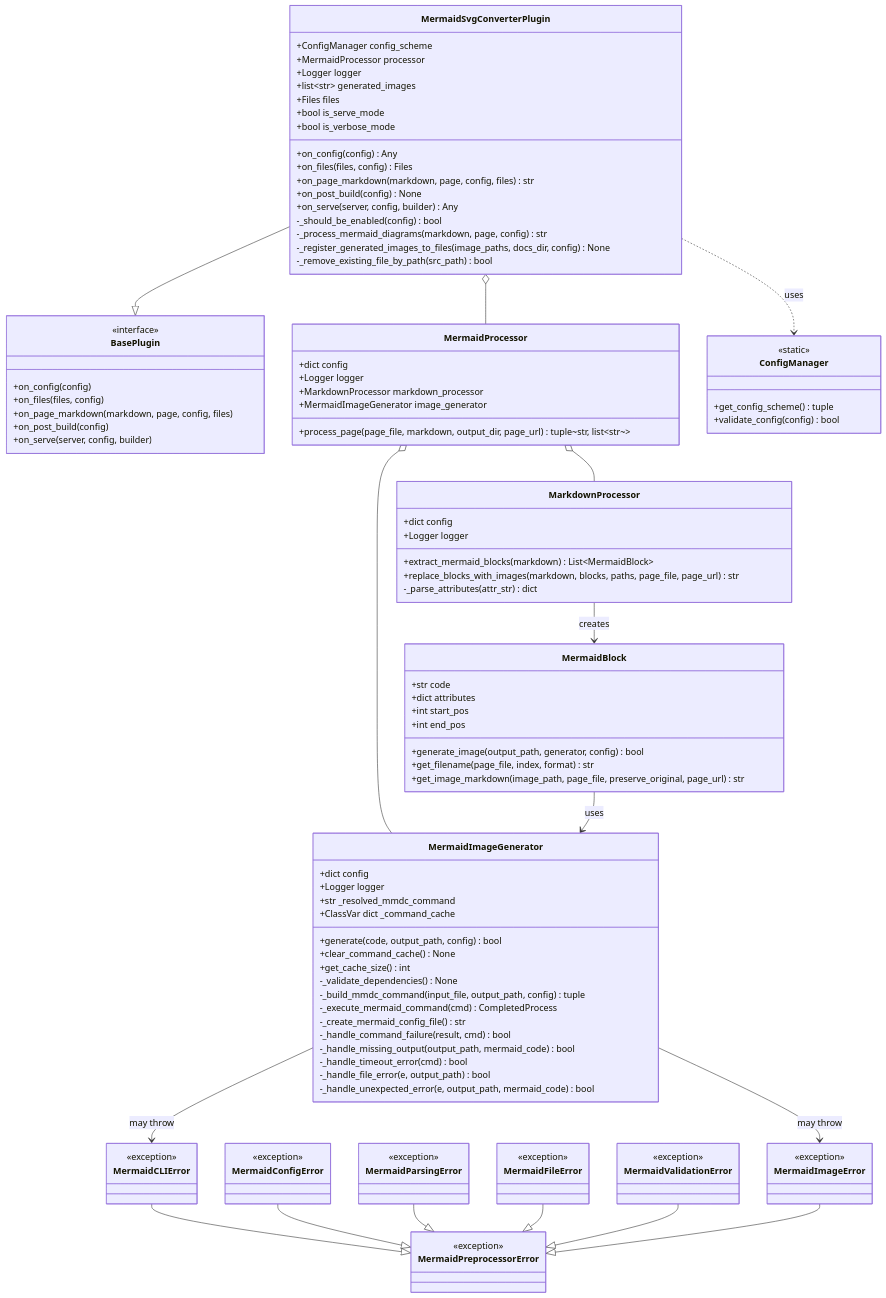
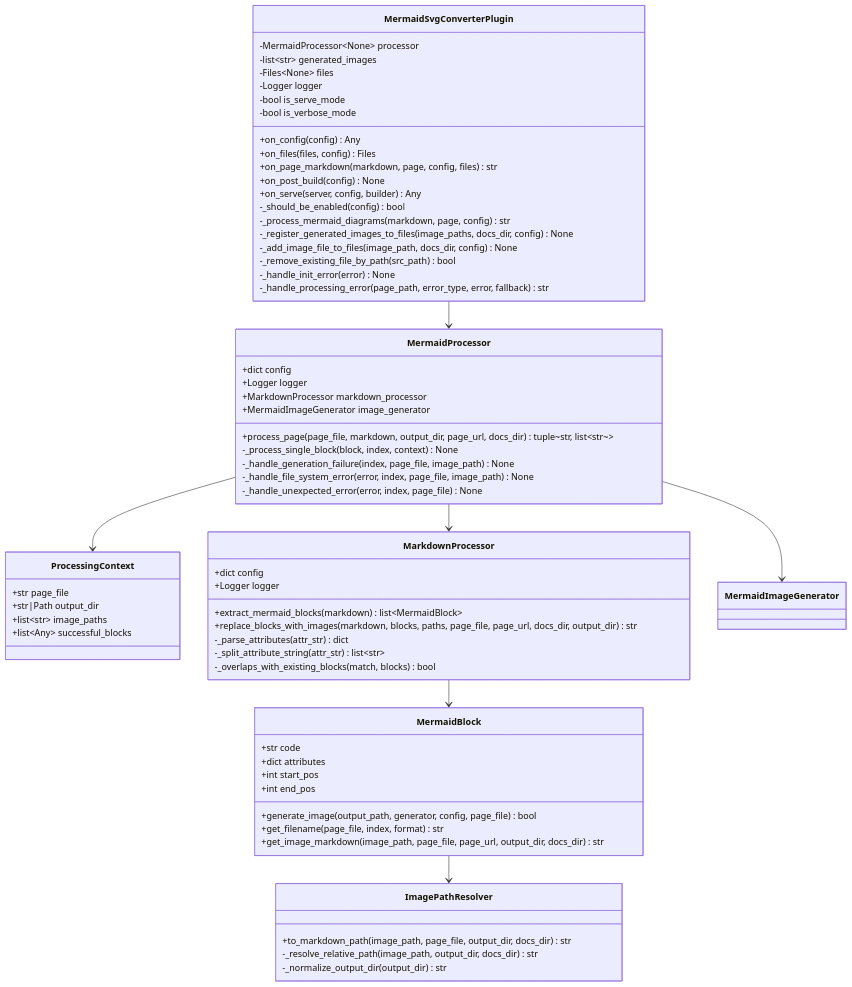
The third of 4 diagrams in docs/architecture/index.md (nuitsjp/mkdocs-mermaid-to-svg), drawn with Mermaid before and after one commit. The commit also changed other lines of this file and 1 other file, not shown here.

````diff
--- a/docs/architecture/index.md
+++ b/docs/architecture/index.md
@@ -75,23 +132,13 @@
 classDiagram
     direction TB
 
-    class BasePlugin {
-        <<interface>>
-        +on_config(config)
-        +on_files(files, config)
-        +on_page_markdown(markdown, page, config, files)
-        +on_post_build(config)
-        +on_serve(server, config, builder)
-    }
-
     class MermaidSvgConverterPlugin {
-        +ConfigManager config_scheme
-        +MermaidProcessor processor
-        +Logger logger
-        +list~str~ generated_images
-        +Files files
-        +bool is_serve_mode
-        +bool is_verbose_mode
+        -MermaidProcessor~None~ processor
+        -list~str~ generated_images
+        -Files~None~ files
+        -Logger logger
+        -bool is_serve_mode
+        -bool is_verbose_mode
         +on_config(config) Any
         +on_files(files, config) Files
         +on_page_markdown(markdown, page, config, files) str
@@ -100,43 +147,39 @@
         -_should_be_enabled(config) bool
         -_process_mermaid_diagrams(markdown, page, config) str
         -_register_generated_images_to_files(image_paths, docs_dir, config) None
+        -_add_image_file_to_files(image_path, docs_dir, config) None
         -_remove_existing_file_by_path(src_path) bool
+        -_handle_init_error(error) None
+        -_handle_processing_error(page_path, error_type, error, fallback) str
     }
-    MermaidSvgConverterPlugin --|> BasePlugin
 
     class MermaidProcessor {
         +dict config
         +Logger logger
         +MarkdownProcessor markdown_processor
         +MermaidImageGenerator image_generator
-        +process_page(page_file, markdown, output_dir, page_url) tuple~str, list~str~~
+        +process_page(page_file, markdown, output_dir, page_url, docs_dir) tuple~str, list~str~~
+        -_process_single_block(block, index, context) None
+        -_handle_generation_failure(index, page_file, image_path) None
+        -_handle_file_system_error(error, index, page_file, image_path) None
+        -_handle_unexpected_error(error, index, page_file) None
+    }
+
+    class ProcessingContext {
+        +str page_file
+        +str|Path output_dir
+        +list~str~ image_paths
+        +list~Any~ successful_blocks
     }
 
     class MarkdownProcessor {
         +dict config
         +Logger logger
-        +extract_mermaid_blocks(markdown) List~MermaidBlock~
-        +replace_blocks_with_images(markdown, blocks, paths, page_file, page_url) str
+        +extract_mermaid_blocks(markdown) list~MermaidBlock~
+        +replace_blocks_with_images(markdown, blocks, paths, page_file, page_url, docs_dir, output_dir) str
         -_parse_attributes(attr_str) dict
-    }
-
-    class MermaidImageGenerator {
-        +dict config
-        +Logger logger
-        +str _resolved_mmdc_command
-        +ClassVar dict _command_cache
-        +generate(code, output_path, config) bool
-        +clear_command_cache() None
-        +get_cache_size() int
-        -_validate_dependencies() None
-        -_build_mmdc_command(input_file, output_path, config) tuple
-        -_execute_mermaid_command(cmd) CompletedProcess
-        -_create_mermaid_config_file() str
-        -_handle_command_failure(result, cmd) bool
-        -_handle_missing_output(output_path, mermaid_code) bool
-        -_handle_timeout_error(cmd) bool
-        -_handle_file_error(e, output_path) bool
-        -_handle_unexpected_error(e, output_path, mermaid_code) bool
+        -_split_attribute_string(attr_str) list~str~
+        -_overlaps_with_existing_blocks(match, blocks) bool
     }
 
     class MermaidBlock {
@@ -144,38 +187,21 @@
         +dict attributes
         +int start_pos
         +int end_pos
-        +generate_image(output_path, generator, config) bool
+        +generate_image(output_path, generator, config, page_file) bool
         +get_filename(page_file, index, format) str
-        +get_image_markdown(image_path, page_file, preserve_original, page_url) str
+        +get_image_markdown(image_path, page_file, page_url, output_dir, docs_dir) str
     }
 
-    class ConfigManager {
-        <<static>>
-        +get_config_scheme() tuple
-        +validate_config(config) bool
+    class ImagePathResolver {
+        +to_markdown_path(image_path, page_file, output_dir, docs_dir) str
+        -_resolve_relative_path(image_path, output_dir, docs_dir) str
+        -_normalize_output_dir(output_dir) str
     }
 
-    class MermaidPreprocessorError {<<exception>>}
-    class MermaidCLIError {<<exception>>}
-    class MermaidConfigError {<<exception>>}
-    class MermaidParsingError {<<exception>>}
-    class MermaidFileError {<<exception>>}
-    class MermaidValidationError {<<exception>>}
-    class MermaidImageError {<<exception>>}
-
-    MermaidCLIError --|> MermaidPreprocessorError
-    MermaidConfigError --|> MermaidPreprocessorError
-    MermaidParsingError --|> MermaidPreprocessorError
-    MermaidFileError --|> MermaidPreprocessorError
-    MermaidValidationError --|> MermaidPreprocessorError
-    MermaidImageError --|> MermaidPreprocessorError
-
-    MermaidSvgConverterPlugin o-- MermaidProcessor
-    MermaidSvgConverterPlugin ..> ConfigManager : uses
-    MermaidProcessor o-- MarkdownProcessor
-    MermaidProcessor o-- MermaidImageGenerator
-    MarkdownProcessor --> MermaidBlock : creates
-    MermaidBlock --> MermaidImageGenerator : uses
-    MermaidImageGenerator --> MermaidCLIError : may throw
-    MermaidImageGenerator --> MermaidImageError : may throw
+    MermaidSvgConverterPlugin --> MermaidProcessor
+    MermaidProcessor --> ProcessingContext
+    MermaidProcessor --> MarkdownProcessor
+    MermaidProcessor --> MermaidImageGenerator
+    MarkdownProcessor --> MermaidBlock
+    MermaidBlock --> ImagePathResolver
 ```
````
